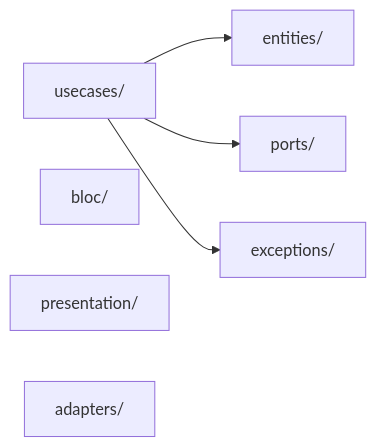
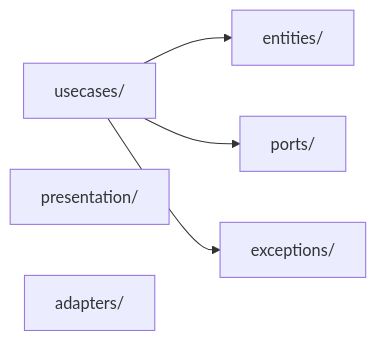
The diagram in rules/flutter/base/lint-rules-diagram.md (JosephNK/jkit-code-plugin), drawn with Mermaid before and after one commit. The commit also changed 17 other files, not shown here.

First line of the commit message:
refactor(architecture_lint): base 환원 — stack 분기 전부 제거

````diff
--- a/rules/flutter/base/lint-rules-diagram.md
+++ b/rules/flutter/base/lint-rules-diagram.md
@@ -10,13 +10,12 @@
 ```mermaid
 graph LR
   usecases["usecases/"]
   entities["entities/"]
   ports["ports/"]
   exceptions["exceptions/"]
-  bloc["bloc/"]
   presentation["presentation/"]
   adapters["adapters/"]
   usecases --> entities
   usecases --> ports
   usecases --> exceptions
 ```
````
